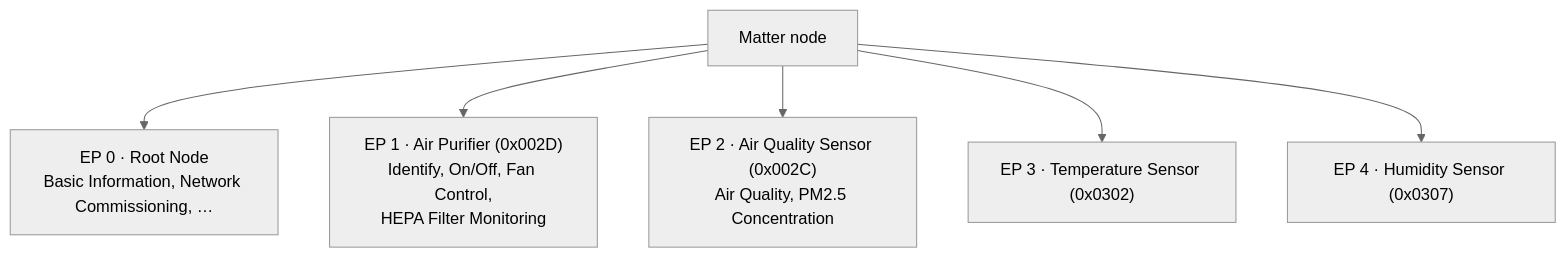
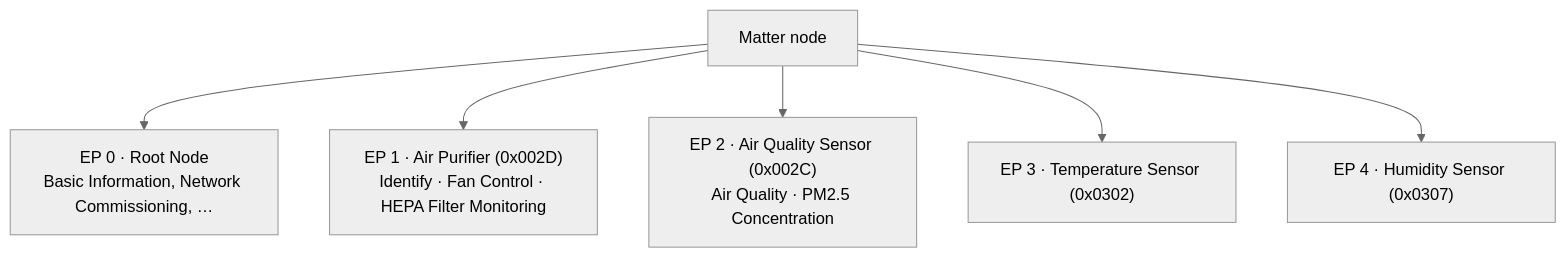
Before and after one commit to psytraxx/esp32-xiaomi-air-purifier-matter: the third of 4 diagrams in README.md, drawn with Mermaid (neutral theme). The commit also changed other lines of this file and 2 other files, not shown here.

````diff
--- a/README.md
+++ b/README.md
@@ -154,9 +156,9 @@
 ```mermaid
 flowchart TB
     node["Matter node"]
     node --> ep0["EP 0 · Root Node<br/>Basic Information, Network Commissioning, …"]
-    node --> ep1["EP 1 · Air Purifier (0x002D)<br/>Identify, On/Off, Fan Control,<br/>HEPA Filter Monitoring"]
-    node --> ep2["EP 2 · Air Quality Sensor (0x002C)<br/>Air Quality, PM2.5 Concentration"]
+    node --> ep1["EP 1 · Air Purifier (0x002D)<br/>Identify · Fan Control · HEPA Filter Monitoring"]
+    node --> ep2["EP 2 · Air Quality Sensor (0x002C)<br/>Air Quality · PM2.5 Concentration"]
     node --> ep3["EP 3 · Temperature Sensor (0x0302)"]
     node --> ep4["EP 4 · Humidity Sensor (0x0307)"]
 ```
````
